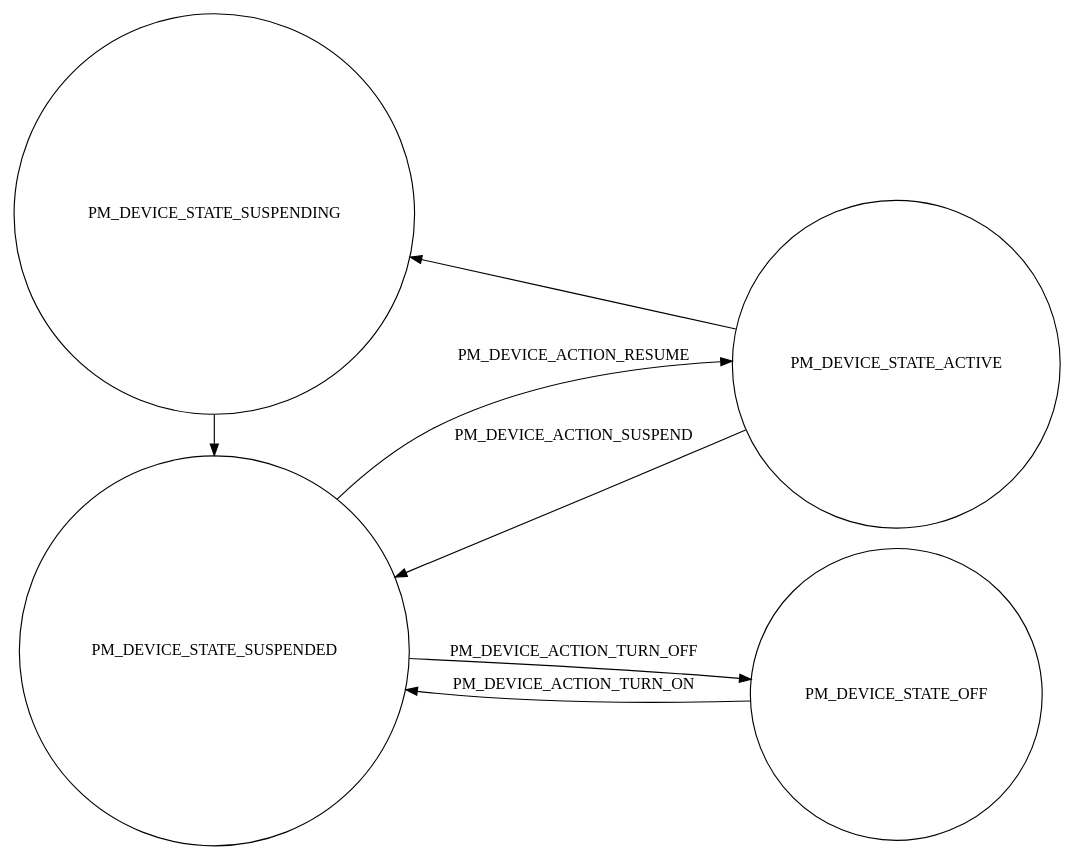
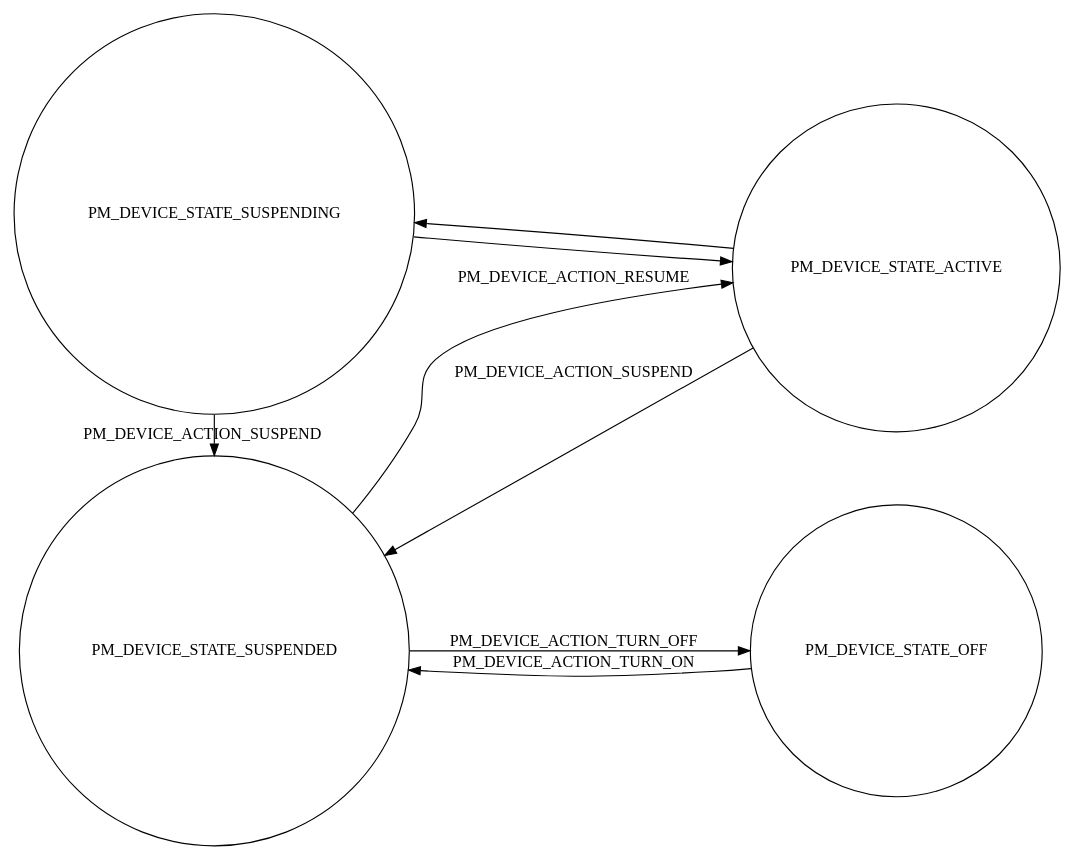
One commit to phytec/zephyr-phytec changed the diagram in doc/services/pm/device.rst. Above: the diagram before and after it, drawn with Graphviz. The commit also changed other lines of this file and 1 other file, not shown here.

First line of the commit message:
doc: services: pm: update pm device init/deinit/states

```diff
--- a/doc/services/pm/device.rst
+++ b/doc/services/pm/device.rst
@@ -164,24 +170,26 @@
 .. graphviz::
    :caption: Device actions x states
 
     digraph {
         node [shape=circle];
         rankdir=LR;
         subgraph {
 
             SUSPENDED [label=PM_DEVICE_STATE_SUSPENDED];
             SUSPENDING [label=PM_DEVICE_STATE_SUSPENDING];
             ACTIVE [label=PM_DEVICE_STATE_ACTIVE];
             OFF [label=PM_DEVICE_STATE_OFF];
 
+            ACTIVE -> SUSPENDING;
+            SUSPENDING -> ACTIVE;
+            SUSPENDING -> SUSPENDED ["label"="PM_DEVICE_ACTION_SUSPEND"];
 
-            ACTIVE -> SUSPENDING -> SUSPENDED;
             ACTIVE -> SUSPENDED ["label"="PM_DEVICE_ACTION_SUSPEND"];
             SUSPENDED -> ACTIVE ["label"="PM_DEVICE_ACTION_RESUME"];
 
             {rank = same; SUSPENDED; SUSPENDING;}
 
             OFF -> SUSPENDED ["label"="PM_DEVICE_ACTION_TURN_ON"];
             SUSPENDED -> OFF ["label"="PM_DEVICE_ACTION_TURN_OFF"];
         }
     }
```
